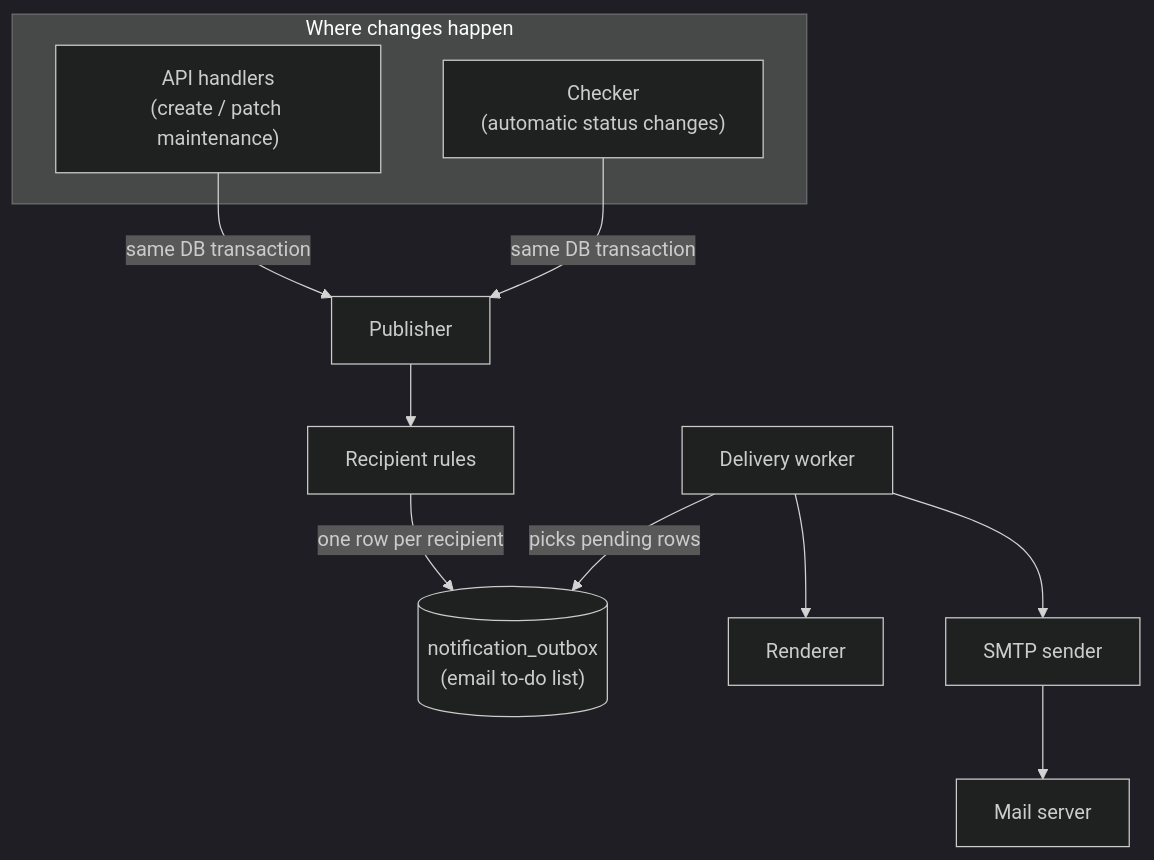
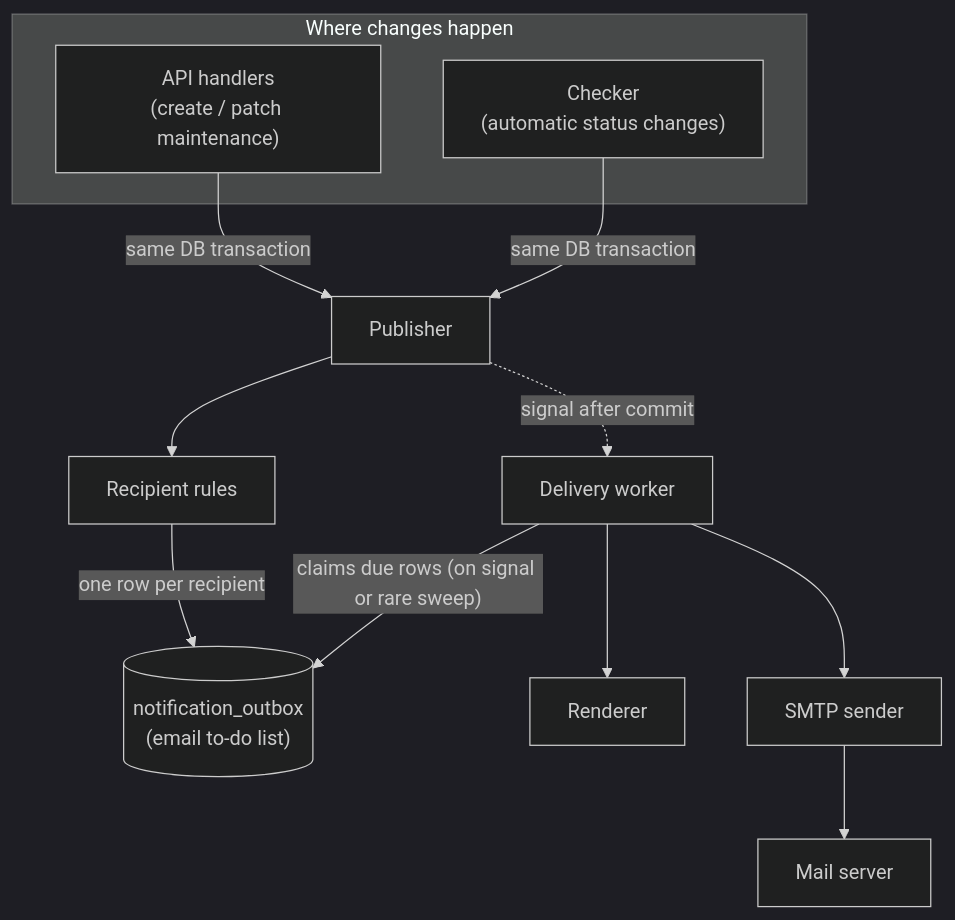
One commit to stackmon/status-dashboard-v3 changed the first of 3 diagrams in docs/notifications/architecture.md. Above: the diagram before and after it, drawn with Mermaid (dark theme). The commit also changed other lines of this file and 2 other files, not shown here.

Commit message:
feat: update architecture and implementation plan for maintenance email notifications to clarify worker triggering and retry handling

````diff
--- a/docs/notifications/architecture.md
+++ b/docs/notifications/architecture.md
@@ -50,24 +50,25 @@
 ```mermaid
 flowchart TB
     subgraph Producers["Where changes happen"]
         H["API handlers<br/>(create / patch maintenance)"]
         C["Checker<br/>(automatic status changes)"]
     end
 
     P["Publisher"]
     RULES["Recipient rules"]
     OUT[("notification_outbox<br/>(email to-do list)")]
     W["Delivery worker"]
     REN["Renderer"]
     S["SMTP sender"]
     MAIL["Mail server"]
 
     H -->|"same DB transaction"| P
     C -->|"same DB transaction"| P
     P --> RULES
     RULES -->|"one row per recipient"| OUT
-    W -->|"picks pending rows"| OUT
+    P -. "signal after commit" .-> W
+    W -->|"claims due rows (on signal or rare sweep)"| OUT
     W --> REN
     W --> S
     S --> MAIL
 ```
````
